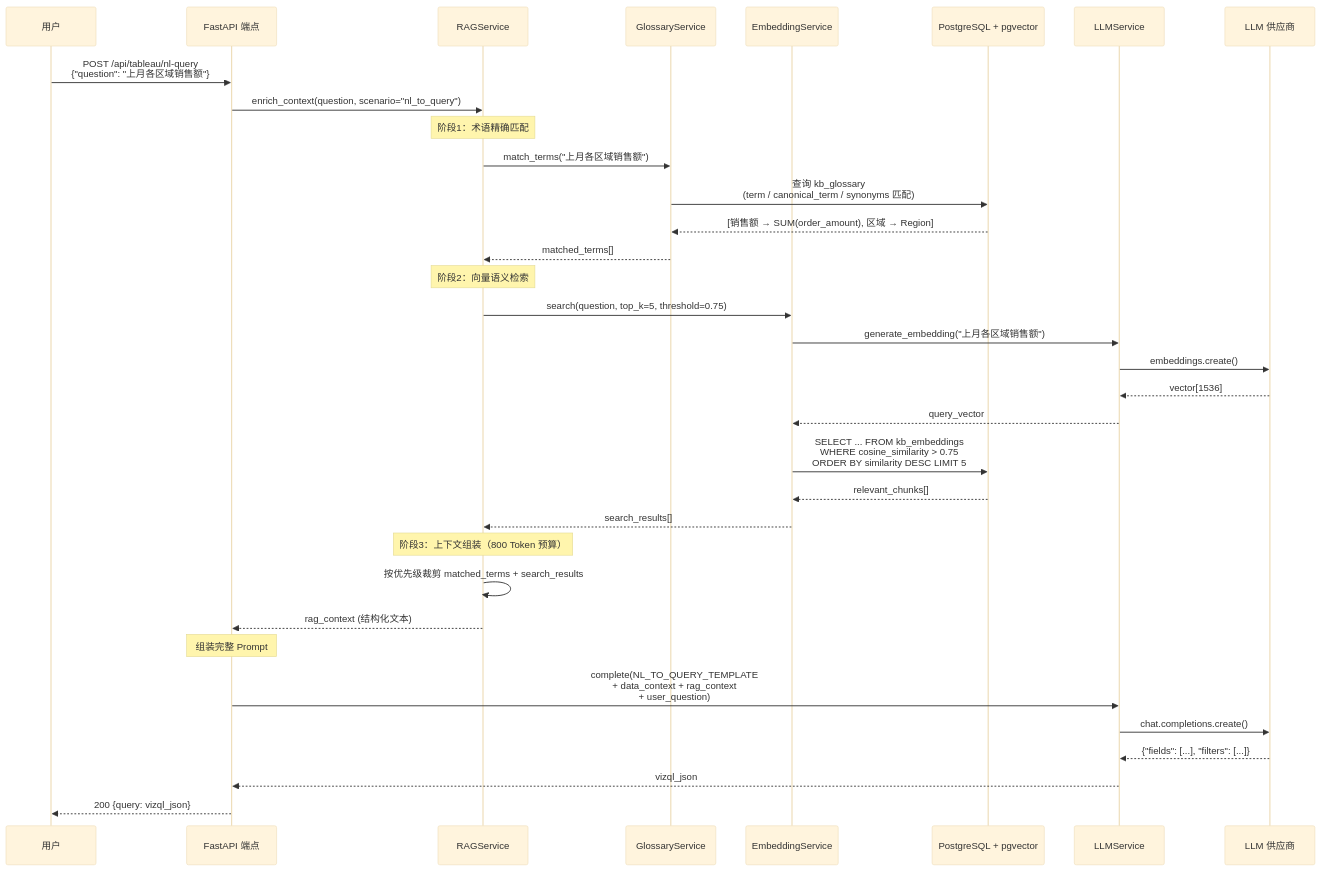
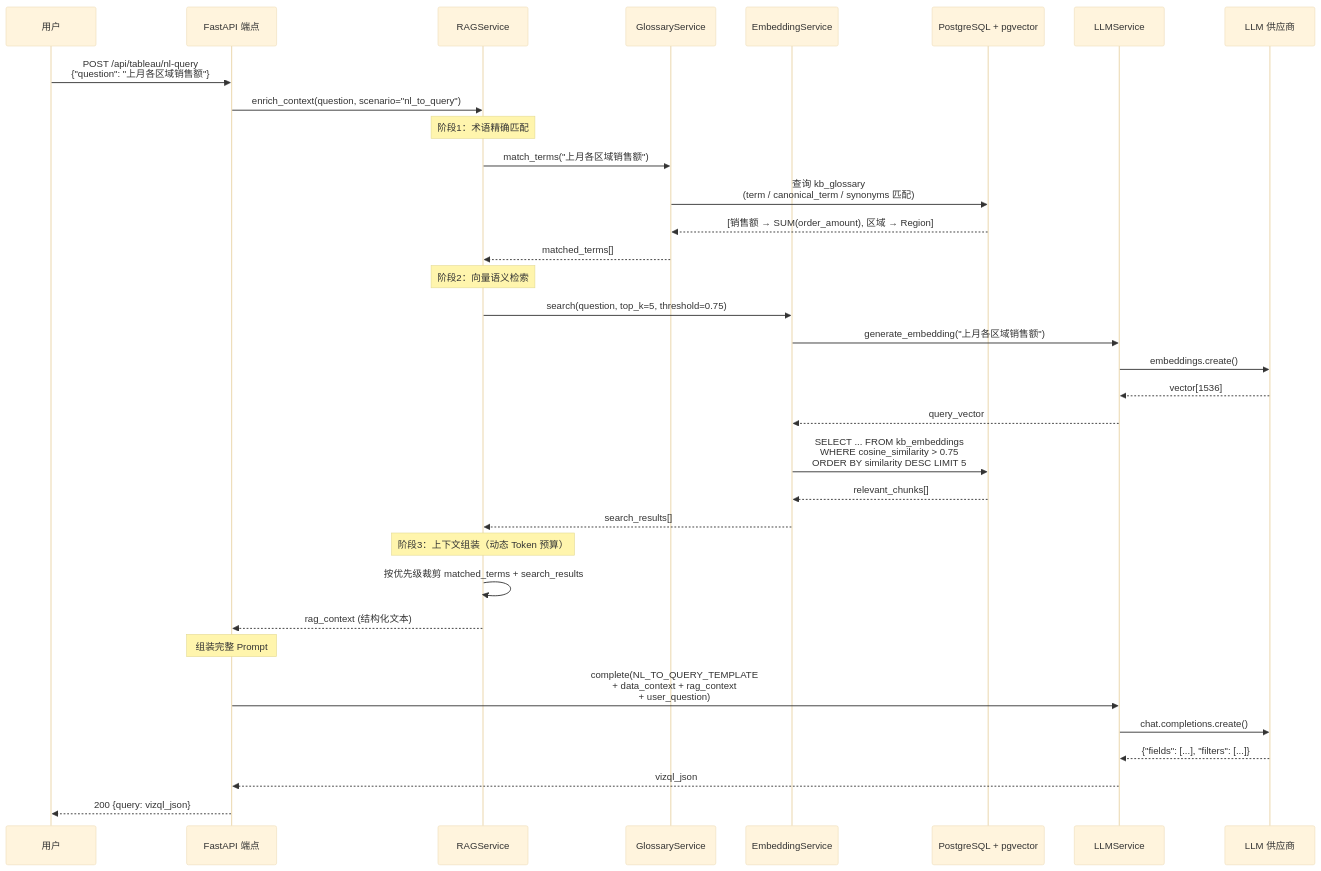
The second of 3 diagrams in docs/specs/17-knowledge-base-spec.md (Forrest219/mulan-bi-platform), drawn with Mermaid (base theme) before and after one commit. The commit also changed other lines of this file and 14 other files, not shown here.

````diff
--- a/docs/specs/17-knowledge-base-spec.md
+++ b/docs/specs/17-knowledge-base-spec.md
@@ -711,41 +721,41 @@
 ```mermaid
 sequenceDiagram
     participant User as 用户
     participant API as FastAPI 端点
     participant RAG as RAGService
     participant Glossary as GlossaryService
     participant Emb as EmbeddingService
     participant PGV as PostgreSQL + pgvector
     participant LLM as LLMService
     participant Provider as LLM 供应商
 
     User->>API: POST /api/tableau/nl-query<br/>{"question": "上月各区域销售额"}
     API->>RAG: enrich_context(question, scenario="nl_to_query")
 
     Note over RAG: 阶段1：术语精确匹配
     RAG->>Glossary: match_terms("上月各区域销售额")
     Glossary->>PGV: 查询 kb_glossary<br/>(term / canonical_term / synonyms 匹配)
     PGV-->>Glossary: [销售额 → SUM(order_amount), 区域 → Region]
     Glossary-->>RAG: matched_terms[]
 
     Note over RAG: 阶段2：向量语义检索
     RAG->>Emb: search(question, top_k=5, threshold=0.75)
     Emb->>LLM: generate_embedding("上月各区域销售额")
     LLM->>Provider: embeddings.create()
     Provider-->>LLM: vector[1536]
     LLM-->>Emb: query_vector
     Emb->>PGV: SELECT ... FROM kb_embeddings<br/>WHERE cosine_similarity > 0.75<br/>ORDER BY similarity DESC LIMIT 5
     PGV-->>Emb: relevant_chunks[]
     Emb-->>RAG: search_results[]
 
-    Note over RAG: 阶段3：上下文组装（800 Token 预算）
+    Note over RAG: 阶段3：上下文组装（动态 Token 预算）
     RAG->>RAG: 按优先级裁剪 matched_terms + search_results
     RAG-->>API: rag_context (结构化文本)
 
     Note over API: 组装完整 Prompt
     API->>LLM: complete(NL_TO_QUERY_TEMPLATE<br/>+ data_context + rag_context<br/>+ user_question)
     LLM->>Provider: chat.completions.create()
     Provider-->>LLM: {"fields": [...], "filters": [...]}
     LLM-->>API: vizql_json
     API-->>User: 200 {query: vizql_json}
 ```
````
